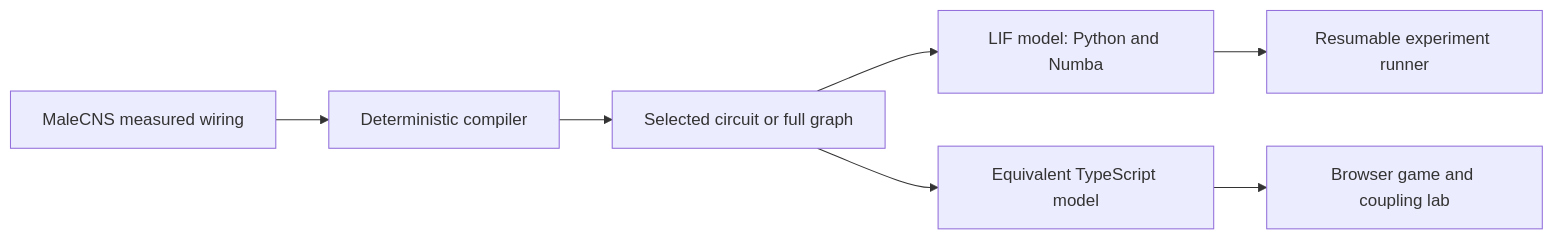
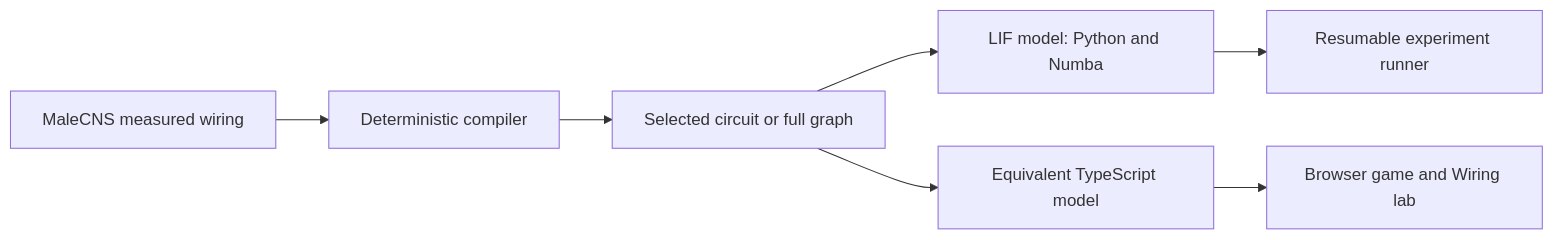
Before and after one commit to Alpi157/internet-vs-one-fly: the diagram in README.md, drawn with Mermaid. The commit also changed other lines of this file and 42 other files, not shown here.

Commit message:
Implement approved v5 explanations, recorded feedback and full-width Wiring lab story

````diff
--- a/README.md
+++ b/README.md
@@ -43,9 +43,9 @@
 ```mermaid
 flowchart LR
     A[MaleCNS measured wiring] --> B[Deterministic compiler]
     B --> C[Selected circuit or full graph]
     C --> D[LIF model: Python and Numba]
     C --> E[Equivalent TypeScript model]
     D --> F[Resumable experiment runner]
-    E --> G[Browser game and coupling lab]
+    E --> G[Browser game and Wiring lab]
 ```
````
